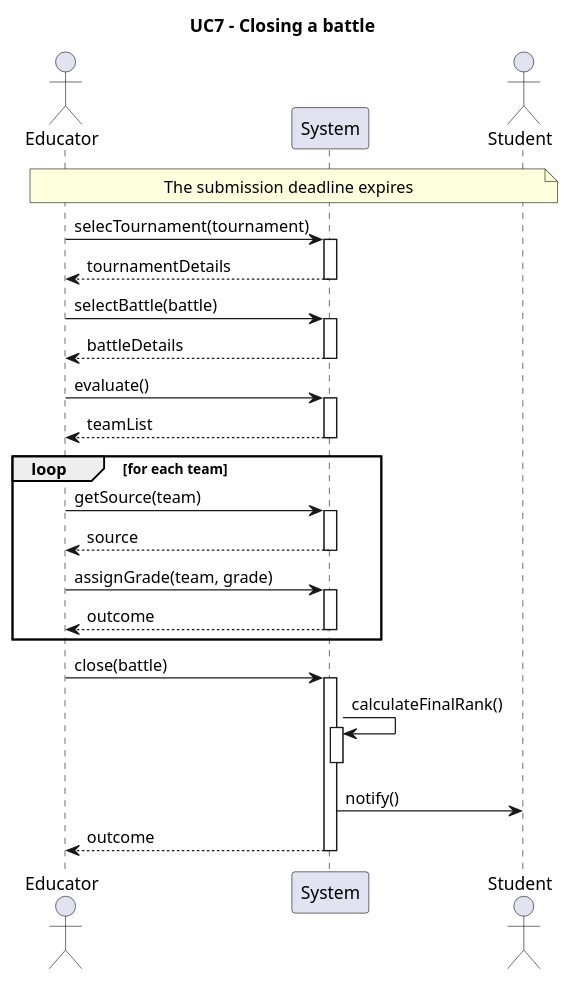
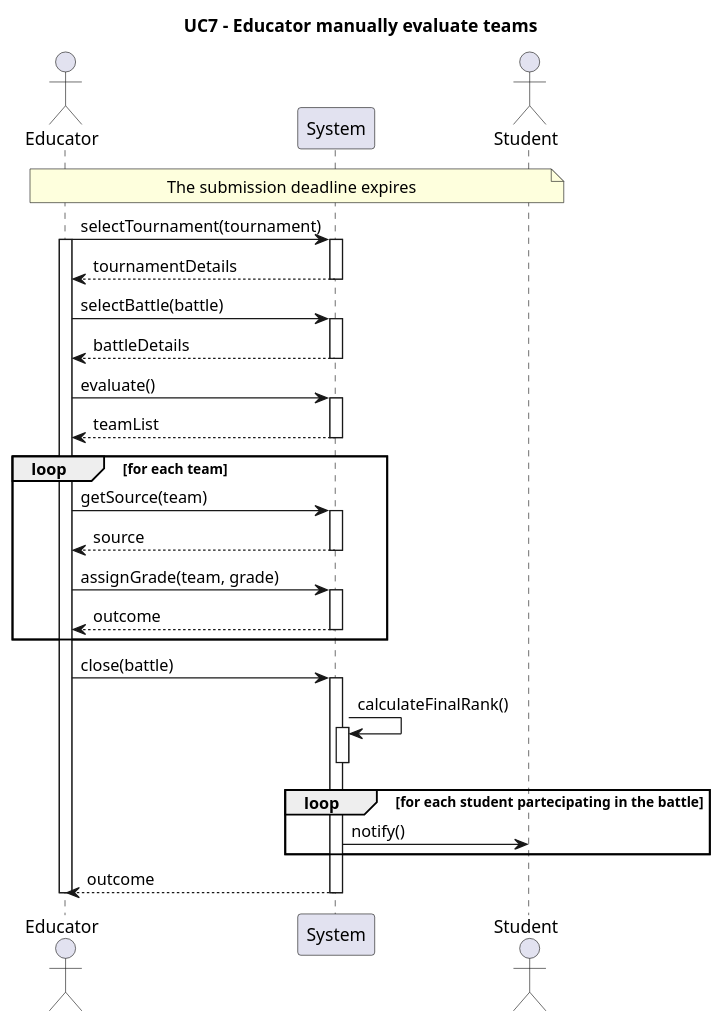
The diagram in rasd/puml/UC7.puml (Furrrlo/CodeKataBattle), drawn with PlantUML before and after one commit. The commit also changed 8 other files, not shown here.

```diff
--- a/rasd/puml/UC7.puml
+++ b/rasd/puml/UC7.puml
@@ -1,35 +1,40 @@
 @startuml UC7
-title UC7 - Closing a battle
+title UC7 - Educator manually evaluate teams    
 actor Educator
 participant System
 actor Student
 
 note across: The submission deadline expires
 
-Educator -> System ++ : selecTournament(tournament)
+Educator -> System ++ : selectTournament(tournament)
+activate Educator
 Educator <-- System -- : tournamentDetails
 
 Educator -> System ++ : selectBattle(battle)
 Educator <-- System -- : battleDetails
 
 Educator -> System ++ : evaluate()
 Educator <-- System -- : teamList
 
 loop for each team
     Educator -> System ++ : getSource(team)
     Educator <-- System -- : source
 
     Educator -> System ++ : assignGrade(team, grade)
     Educator <-- System -- : outcome
 end
 
 Educator -> System ++ : close(battle)
 
 System -> System ++ : calculateFinalRank()
 deactivate System
 
-System -> Student: notify()
+loop for each student partecipating in the battle
+    System -> Student : notify()
+end
+
+
 
 Educator <-- System -- : outcome
-
+deactivate Educator
 @enduml
```
